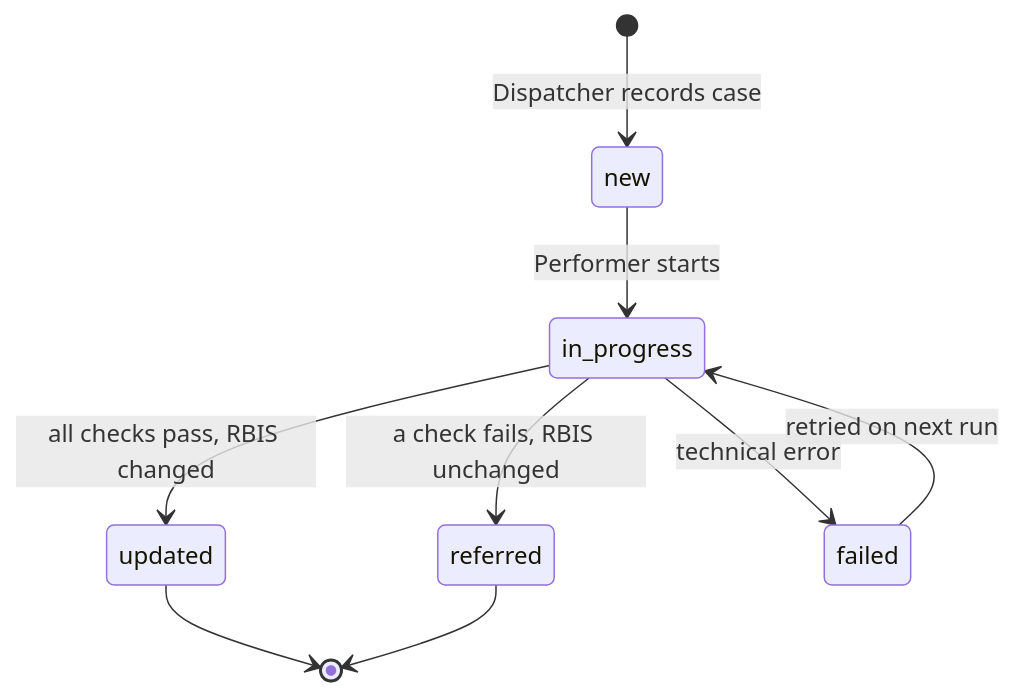
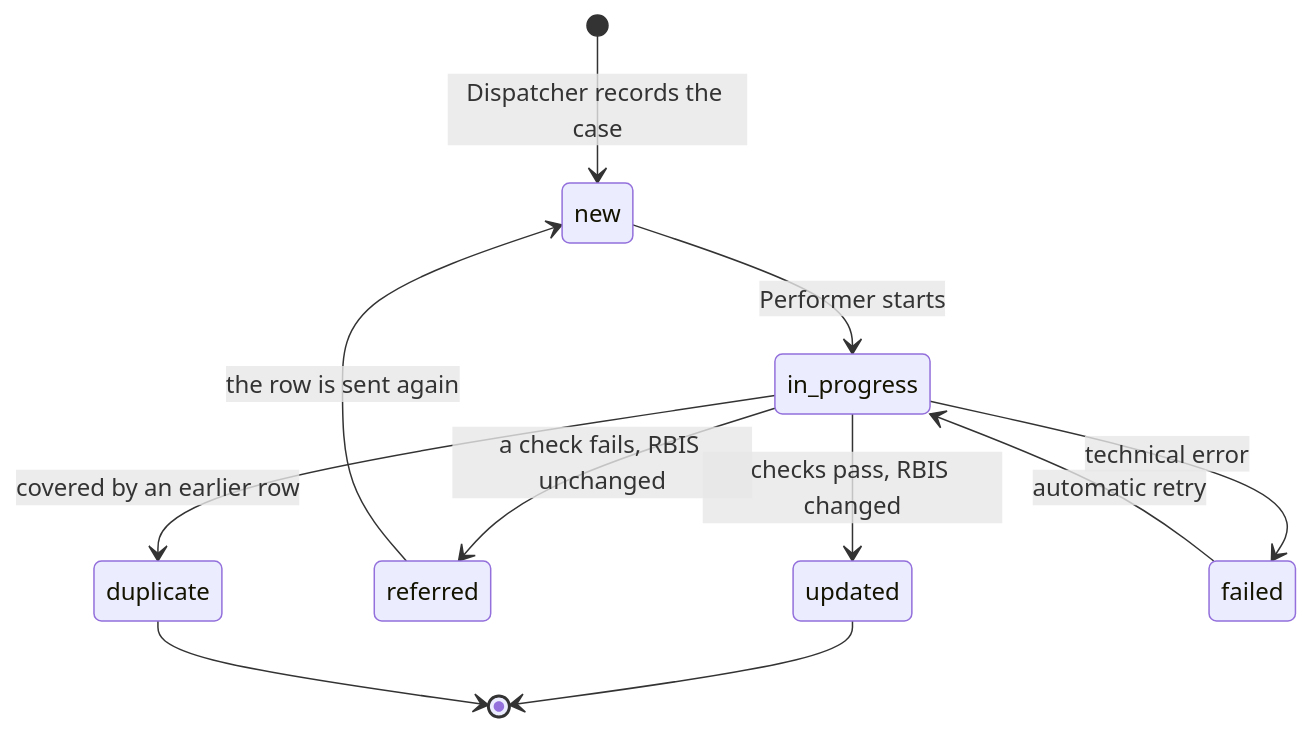
One commit to sgshaji/n8n-builder changed the fifth of 5 diagrams in docs/design/HARSLL-n8n-design.md. Above: the diagram before and after it, drawn with Mermaid. The commit also changed other lines of this file and 3 other files, not shown here.

````diff
--- a/docs/design/HARSLL-n8n-design.md
+++ b/docs/design/HARSLL-n8n-design.md
@@ -234,11 +344,13 @@
 ```mermaid
 stateDiagram-v2
-    [*] --> new: Dispatcher records case
+    [*] --> new: Dispatcher records the case
     new --> in_progress: Performer starts
-    in_progress --> updated: all checks pass, RBIS changed
+    in_progress --> updated: checks pass, RBIS changed
     in_progress --> referred: a check fails, RBIS unchanged
+    in_progress --> duplicate: covered by an earlier row
     in_progress --> failed: technical error
-    failed --> in_progress: retried on next run
+    failed --> in_progress: automatic retry
+    referred --> new: the row is sent again
     updated --> [*]
-    referred --> [*]
+    duplicate --> [*]
 ```
````
